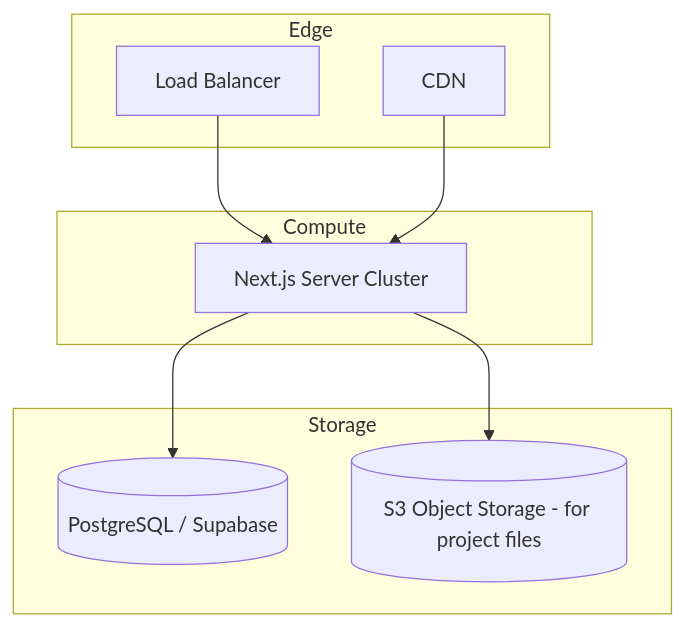
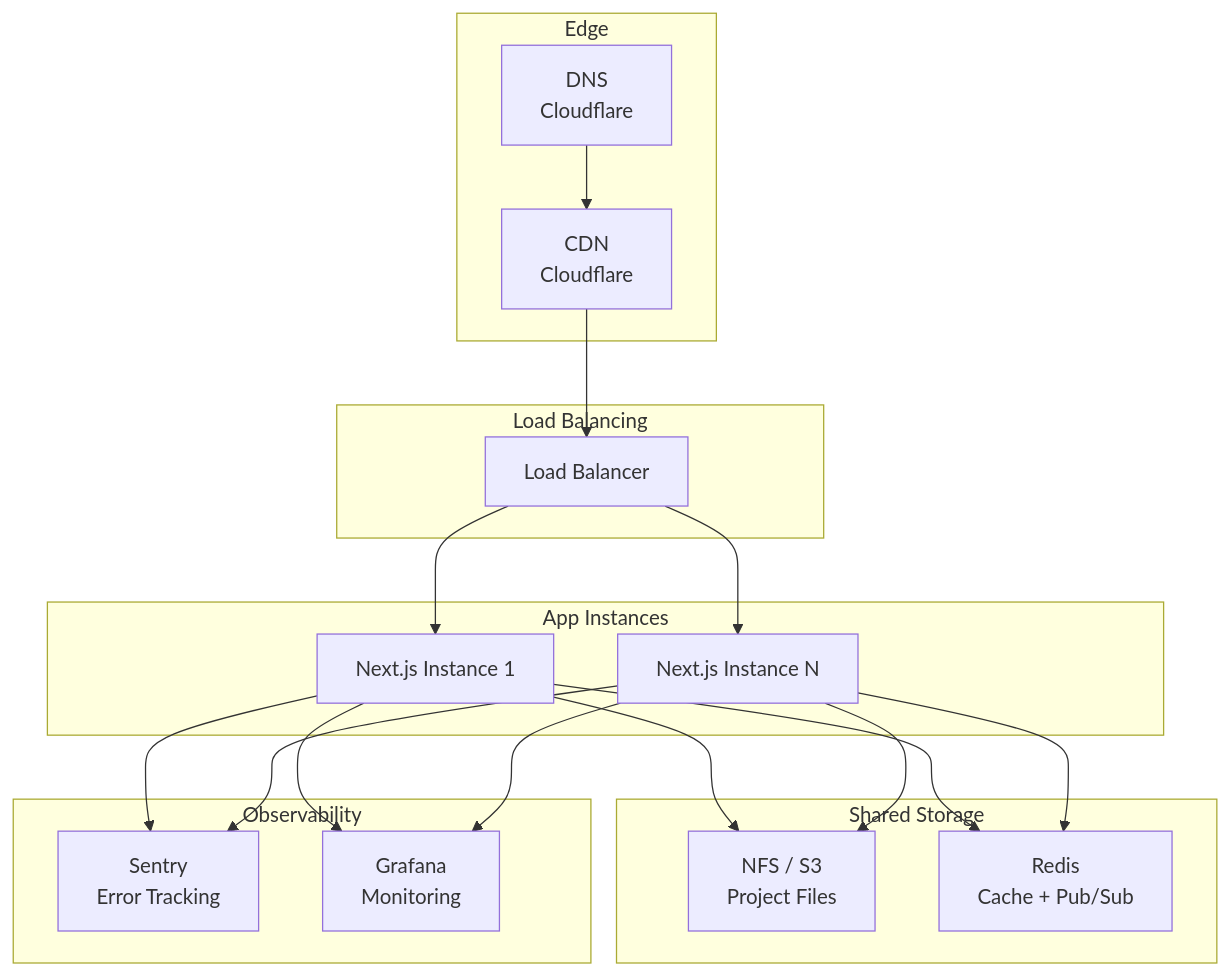
The third of 4 diagrams in projects/project-viewer/architecture.md (baoln1412/project-planning), drawn with Mermaid before and after one commit. The commit also changed other lines of this file and 18 other files, not shown here.

````diff
--- a/projects/project-viewer/architecture.md
+++ b/projects/project-viewer/architecture.md
@@ -80,18 +143,33 @@
 ```mermaid
 graph TB
     subgraph "Edge"
-        LB[Load Balancer]
-        CDN[CDN]
+        CDN["CDN<br>Cloudflare"]
+        DNS["DNS<br>Cloudflare"]
     end
-    subgraph "Compute"
-        Next[Next.js Server Cluster]
+
+    subgraph "Load Balancing"
+        LB["Load Balancer"]
     end
-    subgraph "Storage"
-        DB[(PostgreSQL / Supabase)]
-        S3[(S3 Object Storage - for project files)]
+
+    subgraph "App Instances"
+        App1["Next.js Instance 1"]
+        App2["Next.js Instance N"]
     end
-    LB --> Next
-    Next --> DB
-    Next --> S3
-    CDN --> Next
+
+    subgraph "Shared Storage"
+        NFS["NFS / S3<br>Project Files"]
+        Redis["Redis<br>Cache + Pub/Sub"]
+    end
+
+    subgraph "Observability"
+        Sentry["Sentry<br>Error Tracking"]
+        Grafana["Grafana<br>Monitoring"]
+    end
+
+    DNS --> CDN --> LB
+    LB --> App1 & App2
+    App1 & App2 --> NFS
+    App1 & App2 --> Redis
+    App1 & App2 --> Sentry
+    App1 & App2 --> Grafana
 ```
````
